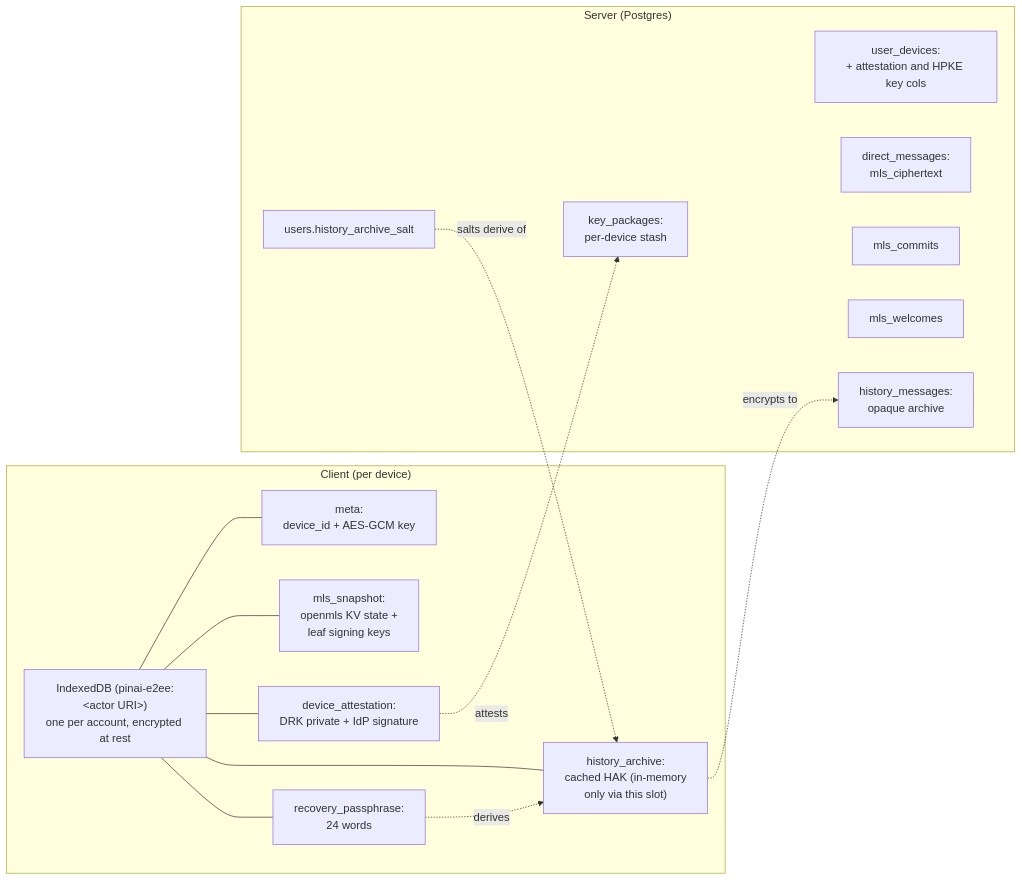
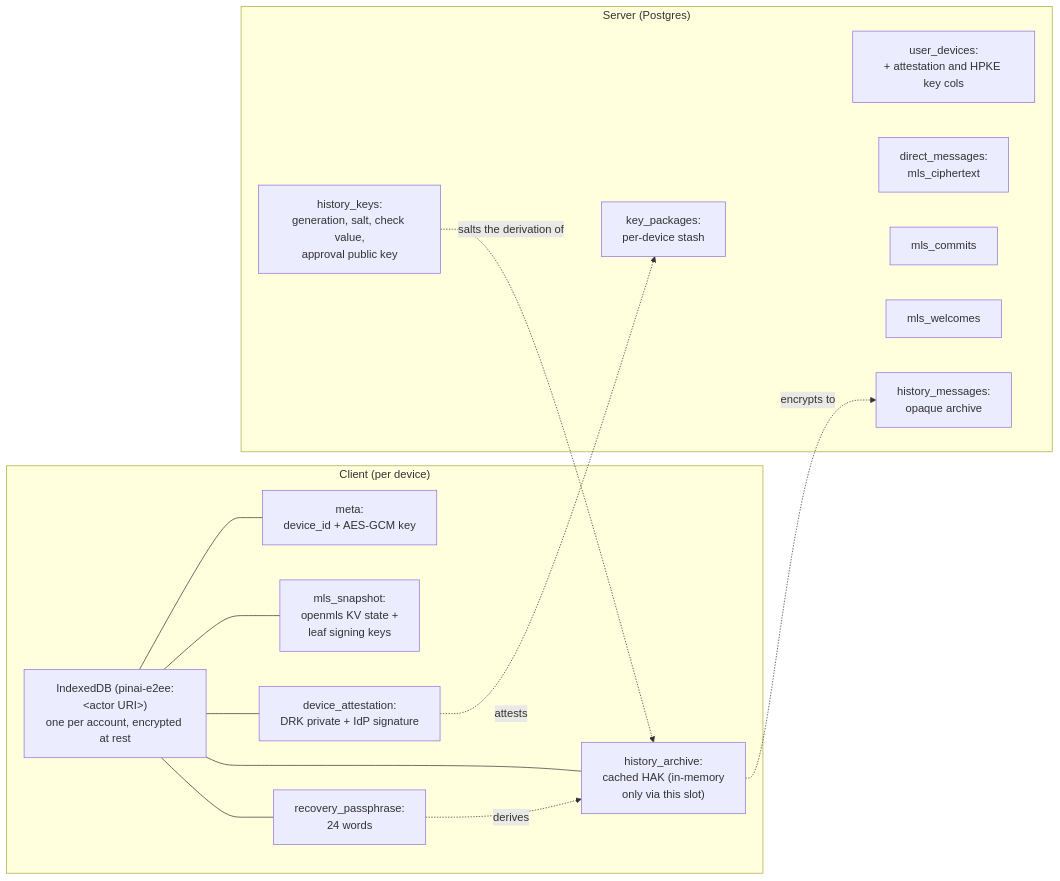
Before and after one commit to Pina-i/pinai: diagram 14 of 14 in identity-provider/specs/e2ee.md, drawn with Mermaid. The commit also changed other lines of this file and 40 other files, not shown here.

````diff
--- a/identity-provider/specs/e2ee.md
+++ b/identity-provider/specs/e2ee.md
@@ -898,24 +986,24 @@
 ```mermaid
 flowchart LR
     subgraph client ["Client (per device)"]
         IDB["IndexedDB (pinai-e2ee:#lt;actor URI#gt;)<br/>one per account, encrypted at rest"]
         IDB --- meta["meta:<br/>device_id + AES-GCM key"]
         IDB --- ident["mls_snapshot:<br/>openmls KV state +<br/>leaf signing keys"]
         IDB --- att["device_attestation:<br/>DRK private + IdP signature"]
         IDB --- pass["recovery_passphrase:<br/>24 words"]
         IDB --- hist["history_archive:<br/>cached HAK (in-memory<br/>only via this slot)"]
     end
     subgraph server ["Server (Postgres)"]
         UD["user_devices:<br/>+ attestation and HPKE key cols"]
         KP["key_packages:<br/>per-device stash"]
         DM["direct_messages:<br/>mls_ciphertext"]
         MC["mls_commits"]
         MW["mls_welcomes"]
         HM["history_messages:<br/>opaque archive"]
-        US["users.history_archive_salt"]
+        HK["history_keys:<br/>generation, salt, check value,<br/>approval public key"]
     end
     att -.->|attests| KP
     pass -.->|derives| hist
     hist -.->|encrypts to| HM
-    US -.->|salts derive of| hist
+    HK -.->|salts the derivation of| hist
 ```
````
